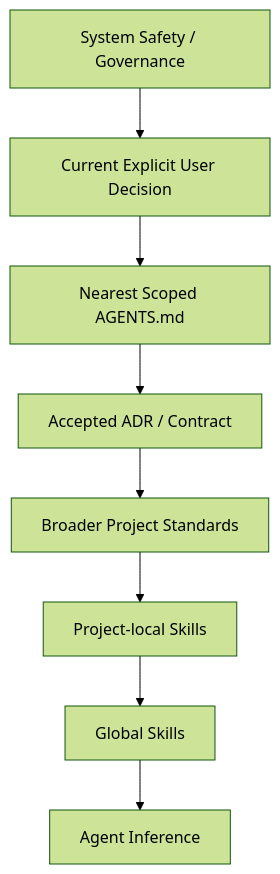
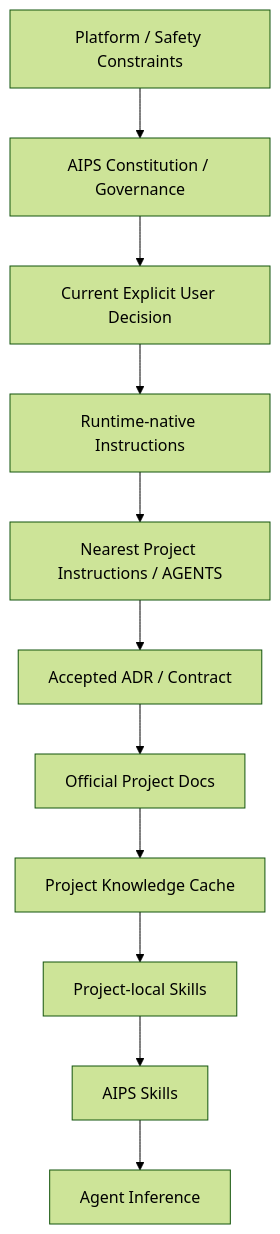
One commit to LucasLu3918/ai-product-system changed the fourth of 20 diagrams in docs/ARCHITECTURE.md. Above: the diagram before and after it, drawn with Mermaid (forest theme). The commit also changed other lines of this file and 7 other files, not shown here.

Commit message:
docs(architecture): sync diagrams and require impact review for core changes

````diff
--- a/docs/ARCHITECTURE.md
+++ b/docs/ARCHITECTURE.md
@@ -93,10 +96,13 @@
-```mermaid
+~~~mermaid
 flowchart TD
-    A[System Safety / Governance] --> U[Current Explicit User Decision]
-    U --> N[Nearest Scoped AGENTS.md]
+    EXT[Platform / Safety Constraints] --> GOV[AIPS Constitution / Governance]
+    GOV --> U[Current Explicit User Decision]
+    U --> RN[Runtime-native Instructions]
+    RN --> N[Nearest Project Instructions / AGENTS]
     N --> ADR[Accepted ADR / Contract]
-    ADR --> B[Broader Project Standards]
-    B --> PS[Project-local Skills]
-    PS --> GS[Global Skills]
+    ADR --> DOC[Official Project Docs]
+    DOC --> PK[Project Knowledge Cache]
+    PK --> PS[Project-local Skills]
+    PS --> GS[AIPS Skills]
     GS --> INF[Agent Inference]
-```
+~~~
````
